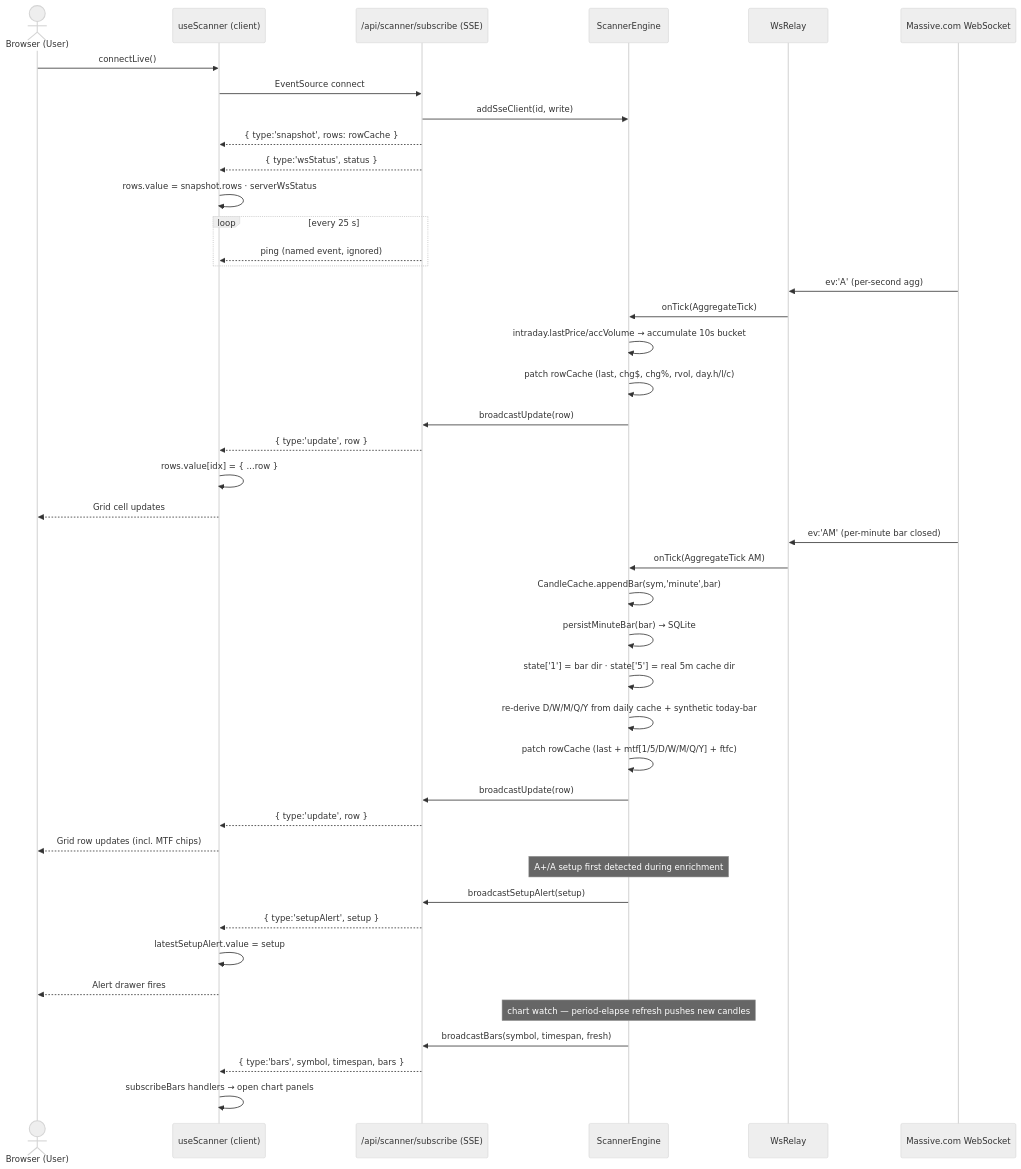
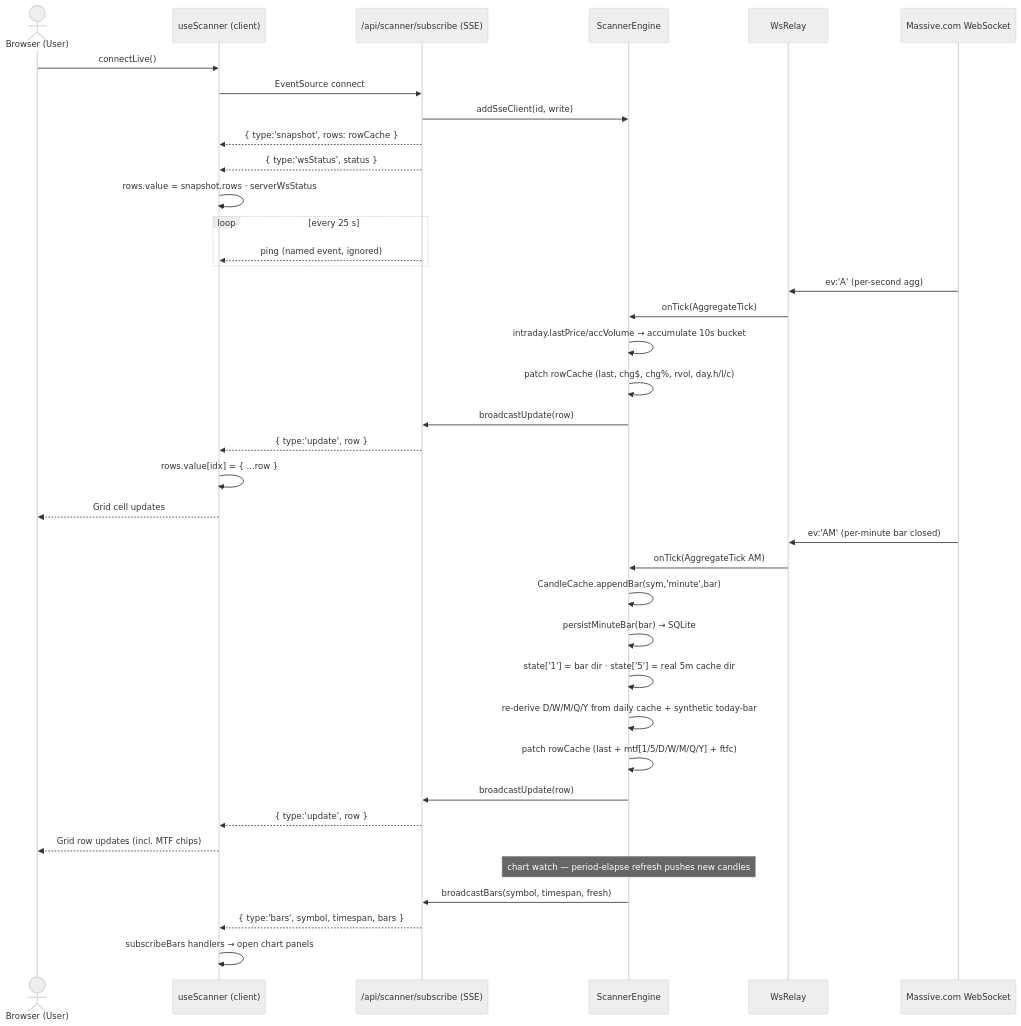
One commit to GerritKnoetze/pulse-trader changed the third of 4 diagrams in docs/DATA_ARCHITECTURE.md. Above: the diagram before and after it, drawn with Mermaid (neutral theme). The commit also changed other lines of this file and 7 other files, not shown here.

````diff
--- a/docs/DATA_ARCHITECTURE.md
+++ b/docs/DATA_ARCHITECTURE.md
@@ -1214,51 +1216,45 @@
 ```mermaid
 sequenceDiagram
     actor User as Browser (User)
     participant SC as useScanner (client)
     participant SSE as /api/scanner/subscribe (SSE)
     participant SE as ScannerEngine
     participant WS as WsRelay
     participant MassWS as Massive.com WebSocket
 
     User->>SC: connectLive()
     SC->>SSE: EventSource connect
     SSE->>SE: addSseClient(id, write)
     SSE-->>SC: { type:'snapshot', rows: rowCache }
     SSE-->>SC: { type:'wsStatus', status }
     SC->>SC: rows.value = snapshot.rows · serverWsStatus
 
     loop every 25 s
         SSE-->>SC: ping (named event, ignored)
     end
 
     MassWS->>WS: ev:'A' (per-second agg)
     WS->>SE: onTick(AggregateTick)
     SE->>SE: intraday.lastPrice/accVolume → accumulate 10s bucket
     SE->>SE: patch rowCache (last, chg$, chg%, rvol, day.h/l/c)
     SE->>SSE: broadcastUpdate(row)
     SSE-->>SC: { type:'update', row }
     SC->>SC: rows.value[idx] = { ...row }
     SC-->>User: Grid cell updates
 
     MassWS->>WS: ev:'AM' (per-minute bar closed)
     WS->>SE: onTick(AggregateTick AM)
     SE->>SE: CandleCache.appendBar(sym,'minute',bar)
     SE->>SE: persistMinuteBar(bar) → SQLite
     SE->>SE: state['1'] = bar dir · state['5'] = real 5m cache dir
     SE->>SE: re-derive D/W/M/Q/Y from daily cache + synthetic today-bar
     SE->>SE: patch rowCache (last + mtf[1/5/D/W/M/Q/Y] + ftfc)
     SE->>SSE: broadcastUpdate(row)
     SSE-->>SC: { type:'update', row }
     SC-->>User: Grid row updates (incl. MTF chips)
 
-    Note over SE: A+/A setup first detected during enrichment
-    SE->>SSE: broadcastSetupAlert(setup)
-    SSE-->>SC: { type:'setupAlert', setup }
-    SC->>SC: latestSetupAlert.value = setup
-    SC-->>User: Alert drawer fires
-
     Note over SE: chart watch — period-elapse refresh pushes new candles
     SE->>SSE: broadcastBars(symbol, timespan, fresh)
     SSE-->>SC: { type:'bars', symbol, timespan, bars }
     SC->>SC: subscribeBars handlers → open chart panels
 ```
````
